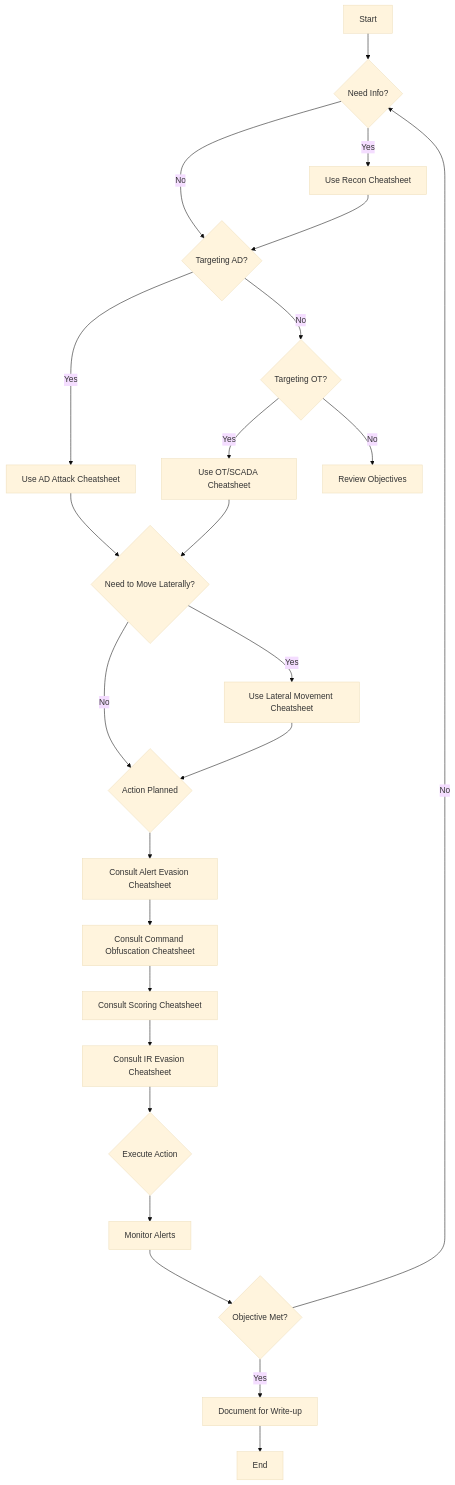
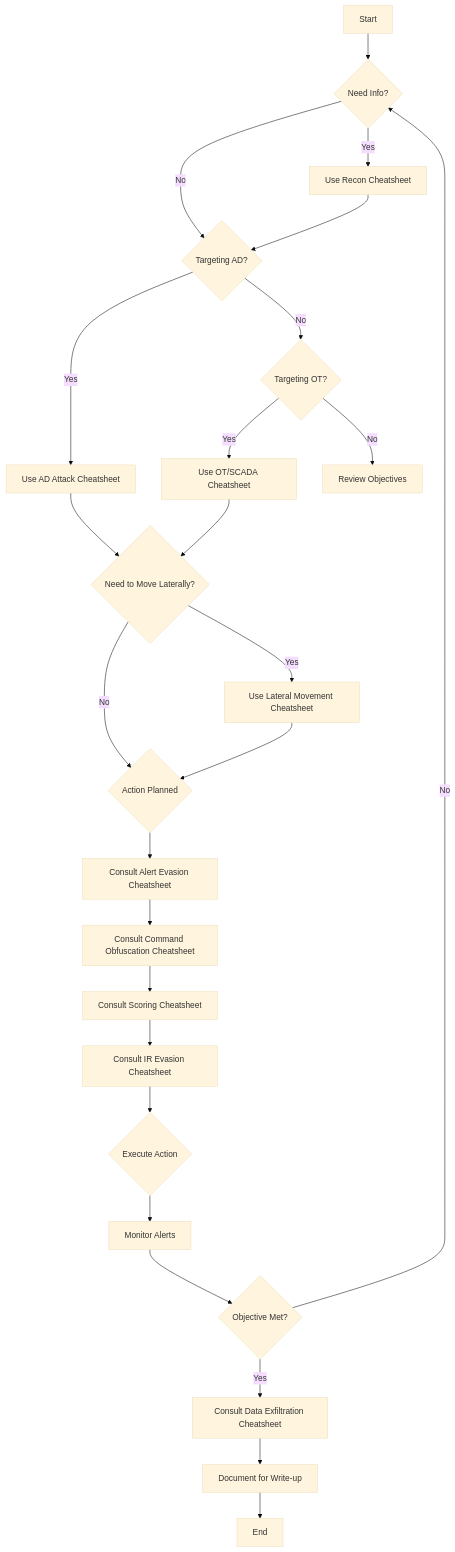
One commit to silv3rshi3ld/TNO-SC-CS changed the diagram in cheatsheets/README.md. Above: the diagram before and after it, drawn with Mermaid (base theme). The commit also changed other lines of this file and 1 other file, not shown here.

Commit message:
Update README to include Data Exfiltration Cheatsheet and adjust flow for incident response documentation

````diff
--- a/cheatsheets/README.md
+++ b/cheatsheets/README.md
@@ -56,26 +57,27 @@
 ```mermaid
 graph TD
     A[Start] --> B{Need Info?};
     B -- Yes --> C[Use Recon Cheatsheet];
     B -- No --> D{Targeting AD?};
     C --> D;
     D -- Yes --> E[Use AD Attack Cheatsheet];
     D -- No --> F{Targeting OT?};
     E --> G{Need to Move Laterally?};
     F -- Yes --> H[Use OT/SCADA Cheatsheet];
     F -- No --> I[Review Objectives];
     H --> G;
     G -- Yes --> J[Use Lateral Movement Cheatsheet];
     G -- No --> K{Action Planned};
     J --> K;
     K --> L[Consult Alert Evasion Cheatsheet];
     L --> M[Consult Command Obfuscation Cheatsheet];
     M --> N[Consult Scoring Cheatsheet];
     N --> IR[Consult IR Evasion Cheatsheet];
     IR --> O{Execute Action};
     O --> P[Monitor Alerts];
     P --> Q{Objective Met?};
-    Q -- Yes --> R[Document for Write-up];
+    Q -- Yes --> DE[Consult Data Exfiltration Cheatsheet];
     Q -- No --> B;
+    DE --> R[Document for Write-up];
     R --> S[End];
 ```
````
